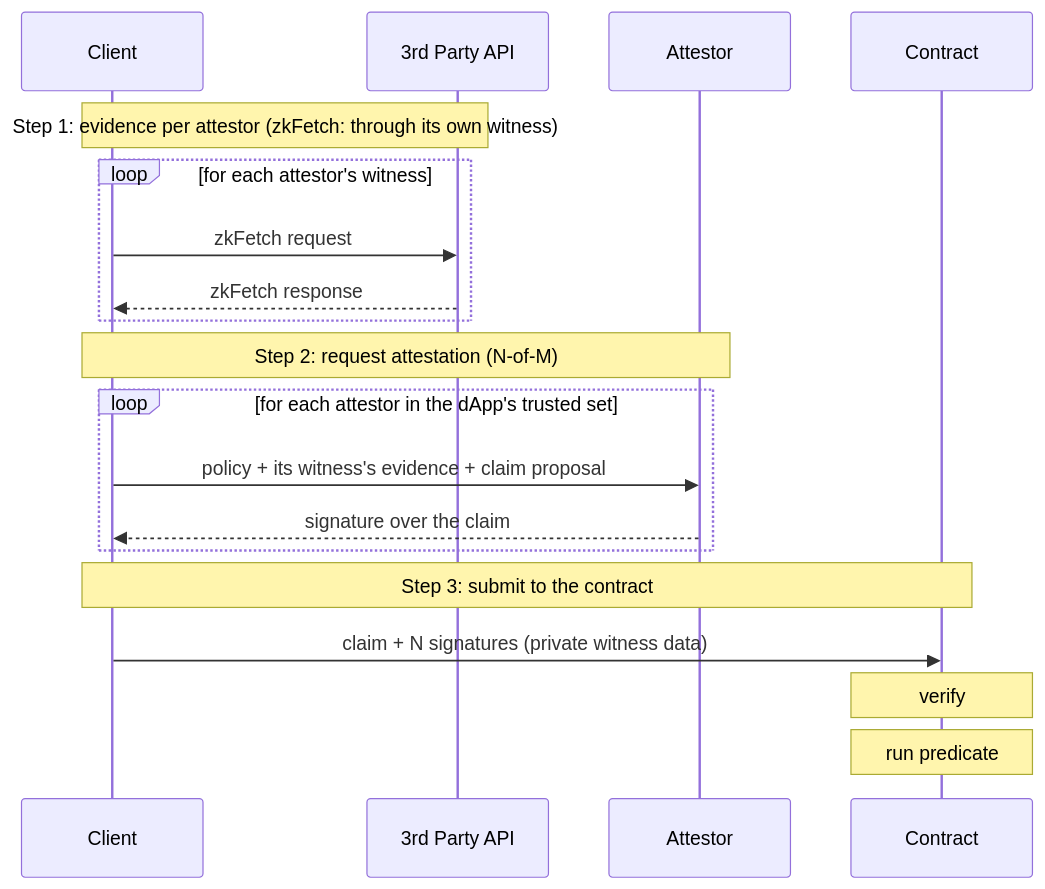
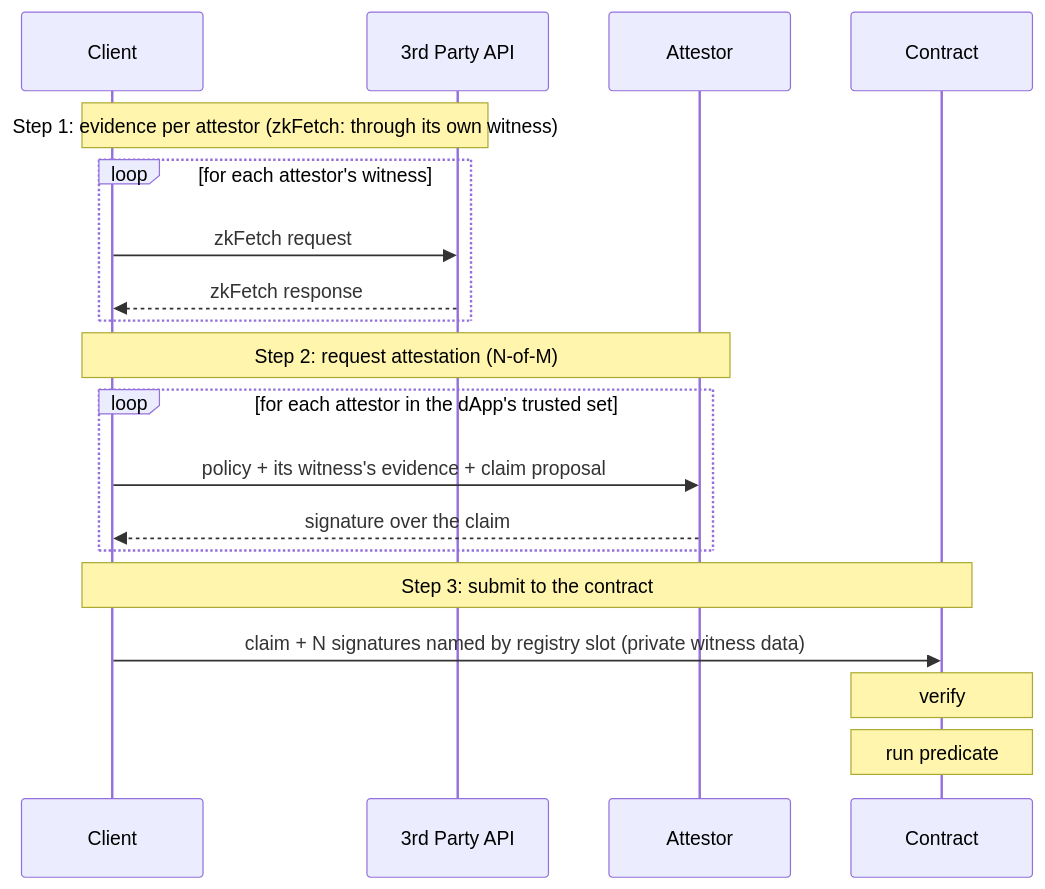
The diagram in docs/DESIGN.md (txpipe/thoth), drawn with Mermaid before and after one commit. The commit also changed other lines of this file and 5 other files, not shown here.

Commit message:
docs: record the registry checking the N named signatures

````diff
--- a/docs/DESIGN.md
+++ b/docs/DESIGN.md
@@ -134,24 +134,24 @@
 ```mermaid
 sequenceDiagram
     participant Client
     participant API as 3rd Party API
     participant Attestor
     participant Contract
 
     Note over Client,API: Step 1: evidence per attestor (zkFetch: through its own witness)
     loop for each attestor's witness
         Client->>API: zkFetch request
         API-->>Client: zkFetch response
     end
 
     Note over Client,Attestor: Step 2: request attestation (N-of-M)
     loop for each attestor in the dApp's trusted set
         Client->>Attestor: policy + its witness's evidence + claim proposal
         Attestor-->>Client: signature over the claim
     end
 
     Note over Client,Contract: Step 3: submit to the contract
-    Client->>Contract: claim + N signatures (private witness data)
+    Client->>Contract: claim + N signatures named by registry slot (private witness data)
     Note over Contract: verify
     Note over Contract: run predicate
 ```
````
